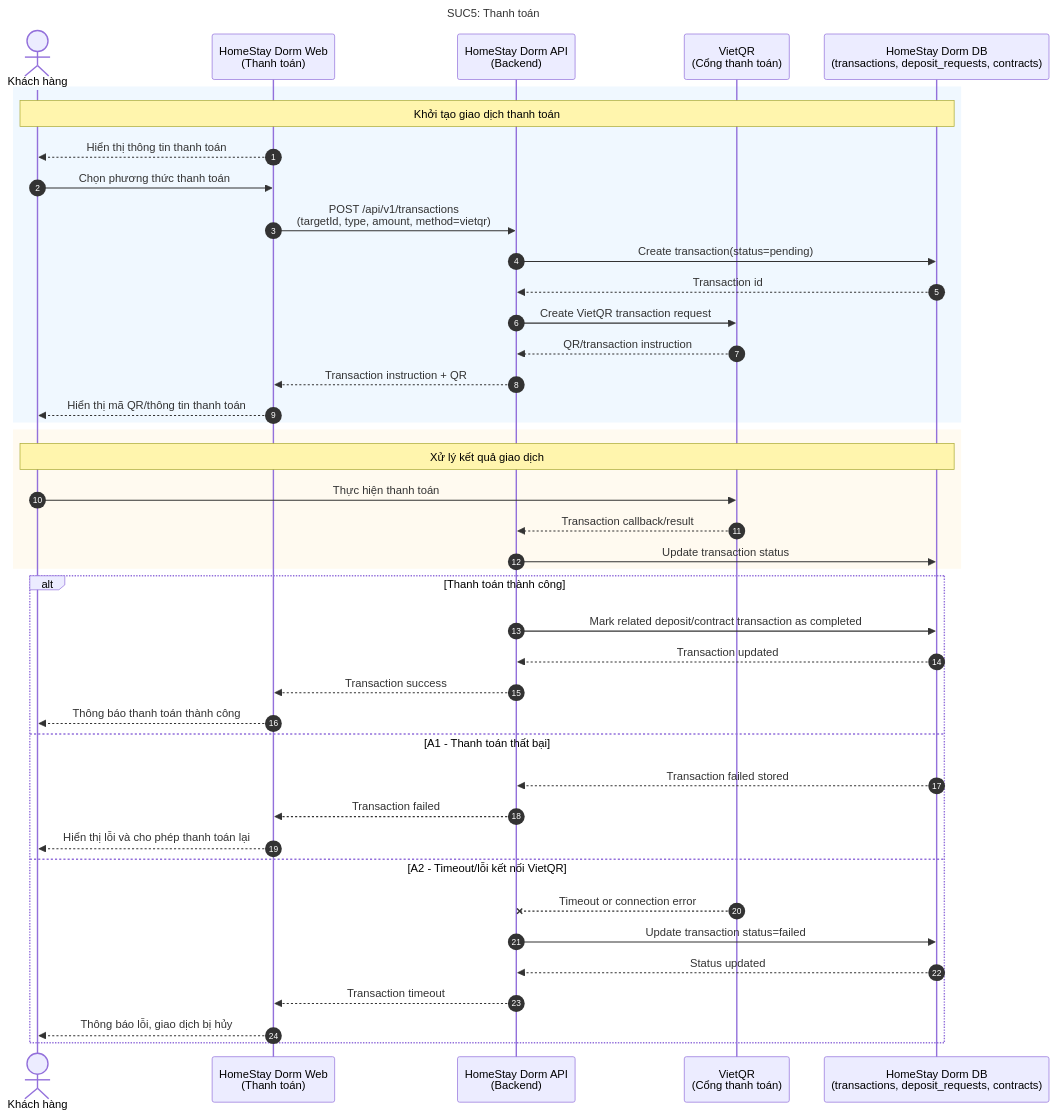
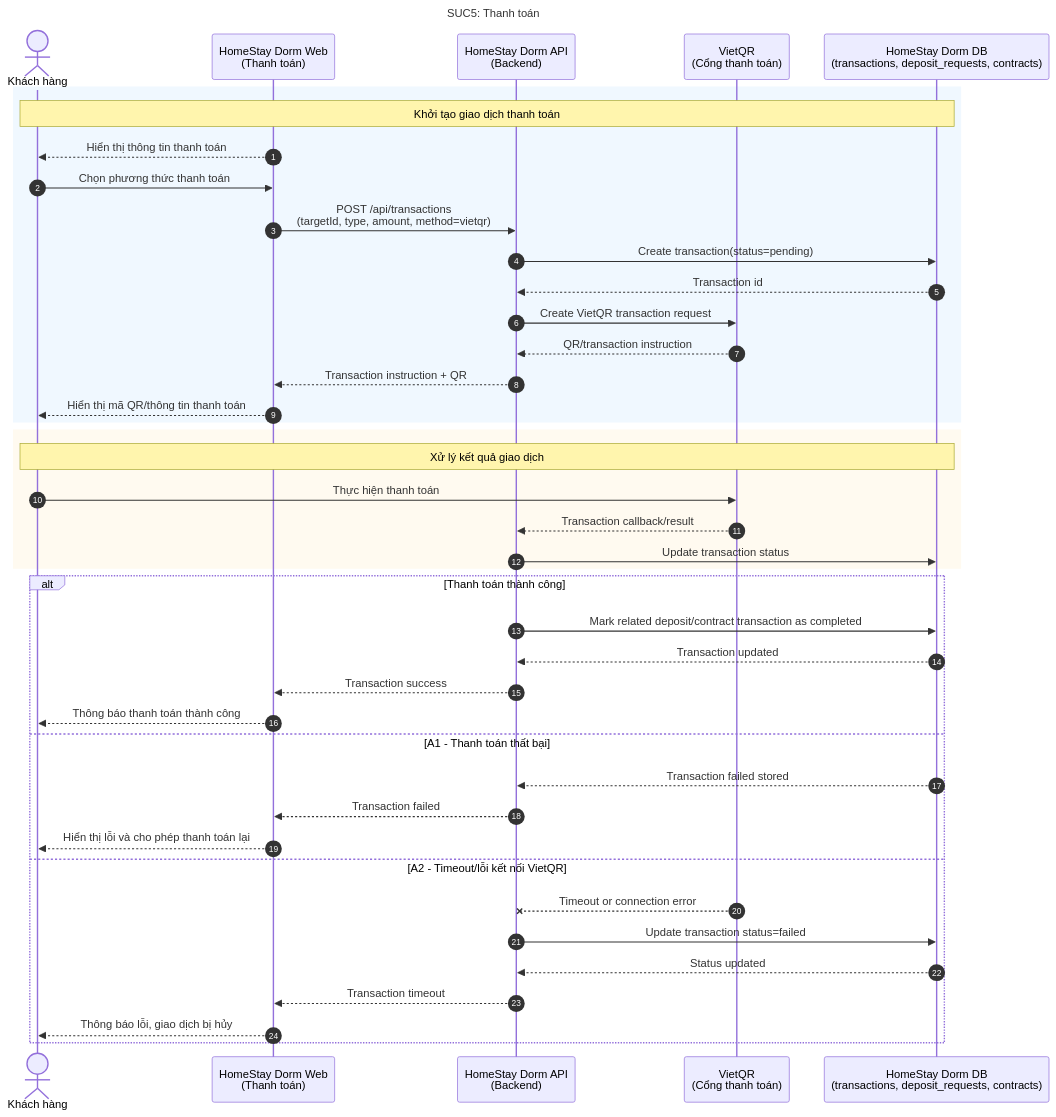
Before and after one commit to dinhdaivu/CSC12004_Information-Systems-Analysis-and-Design: the diagram in docs/SUC/SUC05-thanh-toan.mmd, drawn with Mermaid. The commit also changed 47 other files, not shown here.

```diff
--- a/docs/SUC/SUC05-thanh-toan.mmd
+++ b/docs/SUC/SUC05-thanh-toan.mmd
@@ -1,45 +1,45 @@
 sequenceDiagram
     title SUC5: Thanh toán
     autonumber
     actor C as Khách hàng
     participant Web as HomeStay Dorm Web<br/>(Thanh toán)
     participant API as HomeStay Dorm API<br/>(Backend)
     participant VietQR as VietQR<br/>(Cổng thanh toán)
     participant DB as HomeStay Dorm DB<br/>(transactions, deposit_requests, contracts)
 
     rect rgb(240, 248, 255)
         Note over C, DB: Khởi tạo giao dịch thanh toán
         Web-->>C: Hiển thị thông tin thanh toán
         C->>Web: Chọn phương thức thanh toán
-        Web->>API: POST /api/v1/transactions<br/>(targetId, type, amount, method=vietqr)
+        Web->>API: POST /api/transactions<br/>(targetId, type, amount, method=vietqr)
         API->>DB: Create transaction(status=pending)
         DB-->>API: Transaction id
         API->>VietQR: Create VietQR transaction request
         VietQR-->>API: QR/transaction instruction
         API-->>Web: Transaction instruction + QR
         Web-->>C: Hiển thị mã QR/thông tin thanh toán
     end
 
     rect rgb(255, 250, 240)
         Note over C, DB: Xử lý kết quả giao dịch
         C->>VietQR: Thực hiện thanh toán
         VietQR-->>API: Transaction callback/result
         API->>DB: Update transaction status
     end
 
     alt Thanh toán thành công
         API->>DB: Mark related deposit/contract transaction as completed
         DB-->>API: Transaction updated
         API-->>Web: Transaction success
         Web-->>C: Thông báo thanh toán thành công
     else A1 - Thanh toán thất bại
         DB-->>API: Transaction failed stored
         API-->>Web: Transaction failed
         Web-->>C: Hiển thị lỗi và cho phép thanh toán lại
     else A2 - Timeout/lỗi kết nối VietQR
         VietQR--xAPI: Timeout or connection error
         API->>DB: Update transaction status=failed
         DB-->>API: Status updated
         API-->>Web: Transaction timeout
         Web-->>C: Thông báo lỗi, giao dịch bị hủy
     end
```
